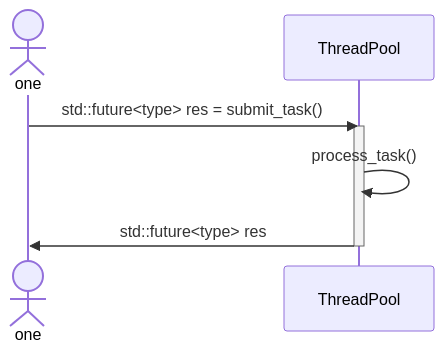
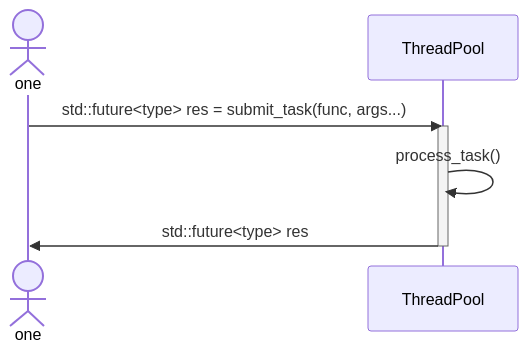
One commit to WenXingming/ThreadPool changed the diagram in doc/Sequence.mmd. Above: the diagram before and after it, drawn with Mermaid. The commit also changed 1 other file, not shown here.

```diff
--- a/doc/Sequence.mmd
+++ b/doc/Sequence.mmd
@@ -1,19 +1,19 @@
 %%{init: {
     "theme": "default",
     "themeVariables": {
         "fontFamily": "Times New Roman",
         "fontSize": "20px"
     }
 }}%%
 
 sequenceDiagram
     
     actor one
     participant ThreadPool
 
-    one ->> ThreadPool: std::future<type> res = submit_task()
+    one ->> ThreadPool: std::future<type> res = submit_task(func, args...)
 
     activate ThreadPool
     ThreadPool->>ThreadPool: process_task()
     ThreadPool ->> one: std::future<type> res
     deactivate ThreadPool
```
